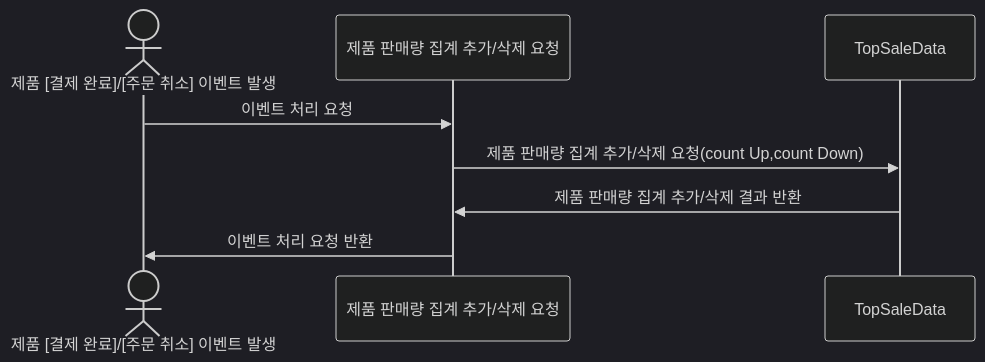
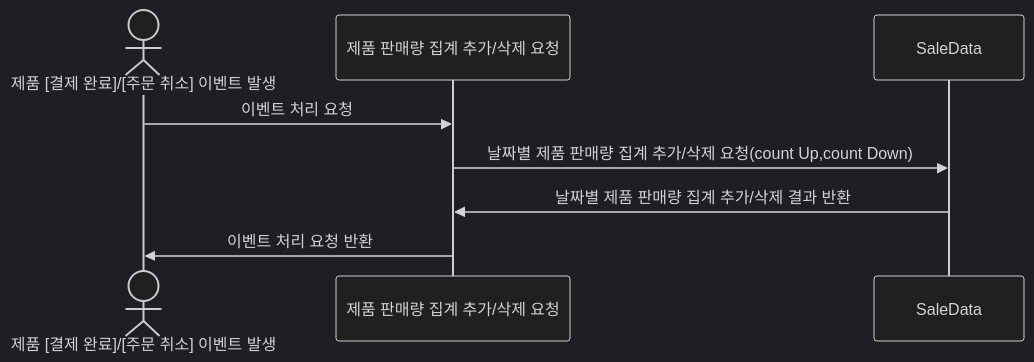
The diagram in docs/sequence-diagram/analysis-product-topsaledata-event-scenario.mermaid (lostcatbox/hhplus-e-commerce-server), drawn with Mermaid (dark theme) before and after one commit. The commit also changed 3 other files, not shown here.

First line of the commit message:
[DOCS] requirement.md 명 변경 및 하위 주문량 정책 변경, analysis-product-topsaledata-event-scenario.mermaid로 결제완료, 주문 취소 이벤트 드리븐 시나리오 추가

```diff
--- a/docs/sequence-diagram/analysis-product-topsaledata-event-scenario.mermaid
+++ b/docs/sequence-diagram/analysis-product-topsaledata-event-scenario.mermaid
@@ -1,8 +1,8 @@
 sequenceDiagram
     actor Event as 제품 [결제 완료]/[주문 취소] 이벤트 발생
     participant PPR as 제품 판매량 집계 추가/삭제 요청
-    participant TSD as TopSaleData
+    participant SED as SaleData
     Event ->> PPR: 이벤트 처리 요청
-    PPR ->> TSD: 제품 판매량 집계 추가/삭제 요청(count Up,count Down)
-    TSD ->> PPR: 제품 판매량 집계 추가/삭제 결과 반환
+    PPR ->> SED: 날짜별 제품 판매량 집계 추가/삭제 요청(count Up,count Down)
+    SED ->> PPR: 날짜별 제품 판매량 집계 추가/삭제 결과 반환
     PPR ->> Event: 이벤트 처리 요청 반환
```
